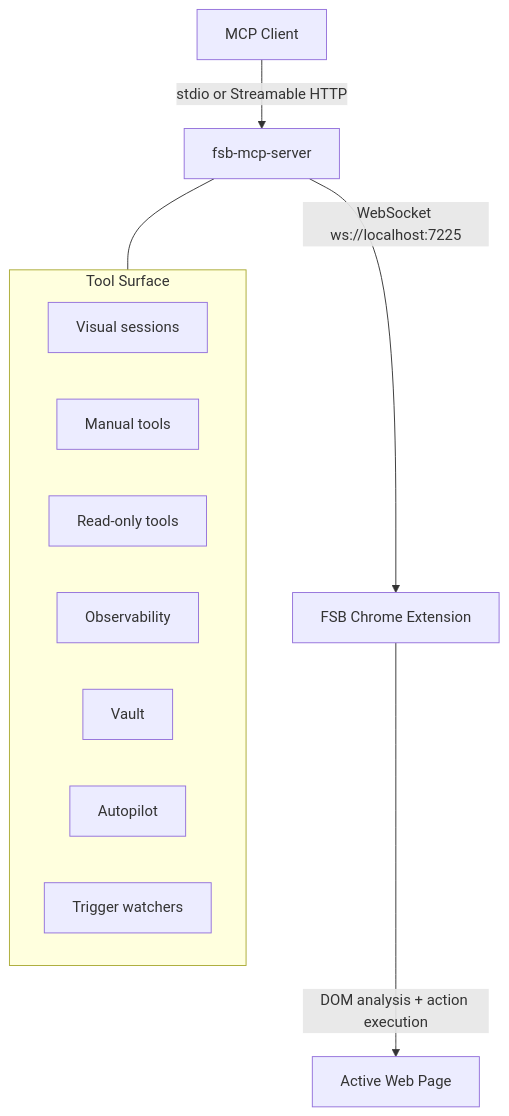
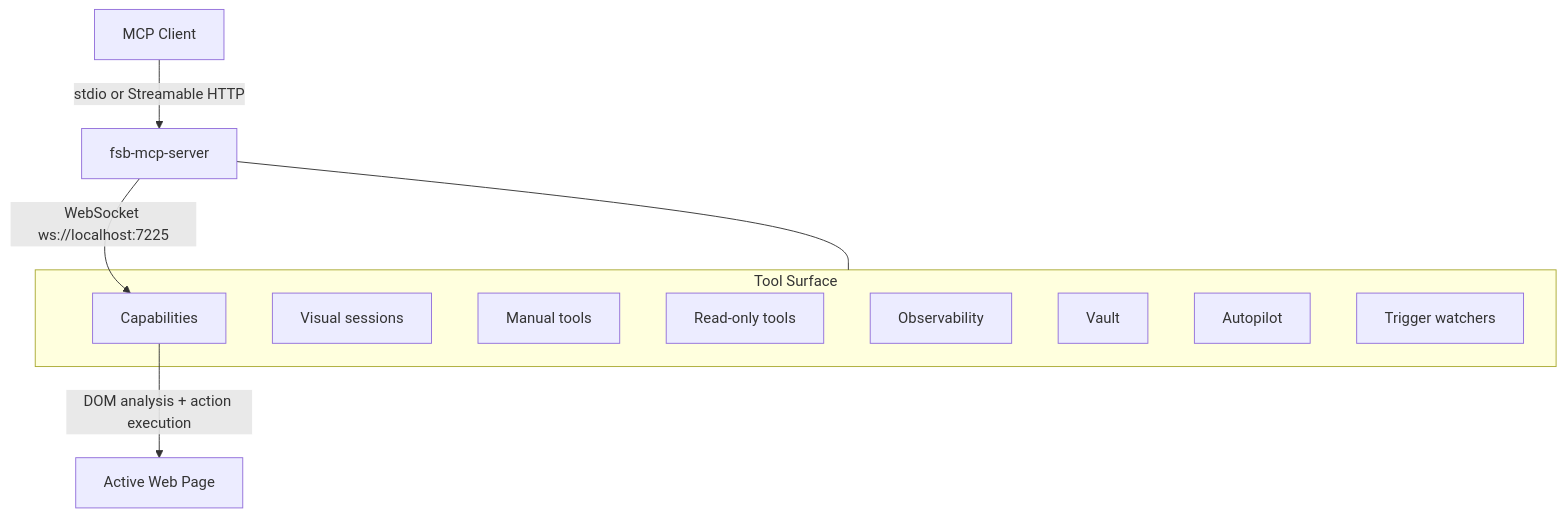
Before and after one commit to fullselfbrowsing/FSB: the diagram in mcp/README.md, drawn with Mermaid. The commit also changed other lines of this file and 409 other files, not shown here.

````diff
--- a/mcp/README.md
+++ b/mcp/README.md
@@ -512,18 +520,19 @@
 ```mermaid
 graph TD
     A["MCP Client"] -->|"stdio or Streamable HTTP"| B["fsb-mcp-server"]
     B -->|"WebSocket ws://localhost:7225"| C["FSB Chrome Extension"]
     C -->|"DOM analysis + action execution"| D["Active Web Page"]
 
     subgraph Surface["Tool Surface"]
       V["Visual sessions"]
       M["Manual tools"]
       R["Read-only tools"]
       O["Observability"]
       P["Vault"]
+      C["Capabilities"]
       T["Autopilot"]
       W["Trigger watchers"]
     end
 
     B --- Surface
 ```
````
